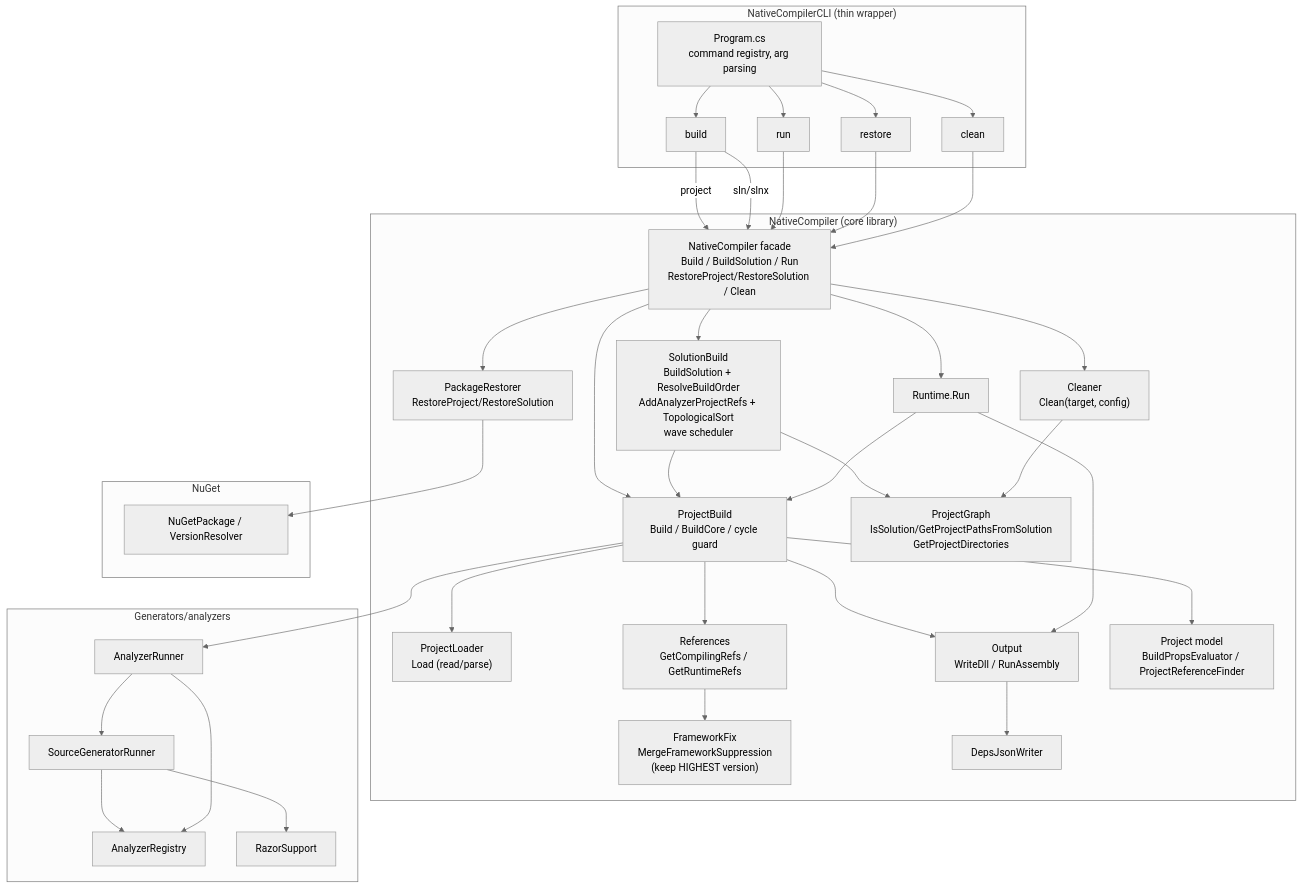
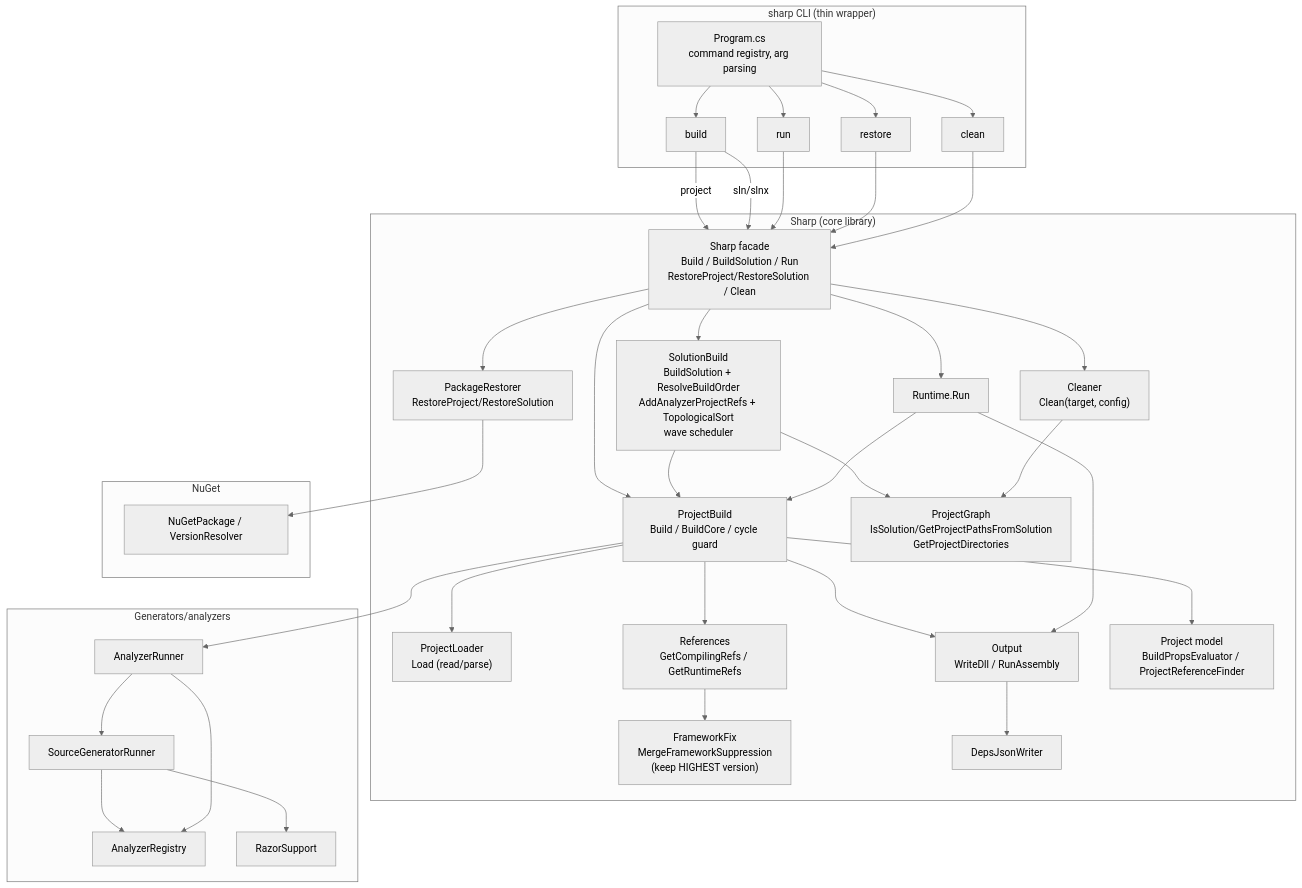
Before and after one commit to martasp/sharp: the diagram in docs/compiler-architecture-1.1-unified.md, drawn with Mermaid (neutral theme). The commit also changed other lines of this file and 194 other files, not shown here.

First line of the commit message:
Rename NativeCompiler to sharp (#7)

````diff
--- a/docs/compiler-architecture-1.1-unified.md
+++ b/docs/compiler-architecture-1.1-unified.md
@@ -5,67 +5,67 @@
 ```mermaid
 flowchart TB
-    subgraph CLI["NativeCompilerCLI (thin wrapper)"]
+    subgraph CLI["sharp CLI (thin wrapper)"]
         Program["Program.cs<br/>command registry, arg parsing"]
         CmdBuild["build"]
         CmdRun["run"]
         CmdRestore["restore"]
         CmdClean["clean"]
     end
 
-    subgraph CORE["NativeCompiler (core library)"]
-        Facade["NativeCompiler facade<br/>Build / BuildSolution / Run<br/>RestoreProject/RestoreSolution / Clean"]
+    subgraph CORE["Sharp (core library)"]
+        Facade["Sharp facade<br/>Build / BuildSolution / Run<br/>RestoreProject/RestoreSolution / Clean"]
         PB["ProjectBuild<br/>Build / BuildCore / cycle guard"]
         SB["SolutionBuild<br/>BuildSolution + ResolveBuildOrder<br/>AddAnalyzerProjectRefs + TopologicalSort<br/>wave scheduler"]
         PL["ProjectLoader<br/>Load (read/parse)"]
         PG["ProjectGraph<br/>IsSolution/GetProjectPathsFromSolution<br/>GetProjectDirectories"]
         R["References<br/>GetCompilingRefs / GetRuntimeRefs"]
         FF["FrameworkFix<br/>MergeFrameworkSuppression<br/>(keep HIGHEST version)"]
         OUT["Output<br/>WriteDll / RunAssembly"]
         RT["Runtime.Run"]
         Cleaner["Cleaner<br/>Clean(target, config)"]
         PR["PackageRestorer<br/>RestoreProject/RestoreSolution"]
         DEPS["DepsJsonWriter"]
         PROJ["Project model<br/>BuildPropsEvaluator / ProjectReferenceFinder"]
     end
 
     subgraph ANALYZERS["Generators/analyzers"]
         AR["AnalyzerRunner"]
         SG["SourceGeneratorRunner"]
         AZREG["AnalyzerRegistry"]
         RZ["RazorSupport"]
     end
 
     subgraph NUGET["NuGet"]
         NP["NuGetPackage / VersionResolver"]
     end
 
     Program --> CmdBuild & CmdRun & CmdRestore & CmdClean
     CmdBuild -->|project| Facade
     CmdBuild -->|sln/slnx| Facade
     CmdRun --> Facade
     CmdRestore --> Facade
     CmdClean --> Facade
 
     Facade --> PB
     Facade --> SB
     Facade --> RT
     Facade --> Cleaner
     Facade --> PR
 
     SB --> PG
     SB --> PB
     PB --> PL
     PB --> R --> FF
     PB --> OUT --> DEPS
     PB --> PROJ
     RT --> PB
     RT --> OUT
     Cleaner --> PG
 
     PR --> NP
     PB --> AR
     AR --> SG
     SG --> AZREG
     SG --> RZ
     AR --> AZREG
 ```
````
